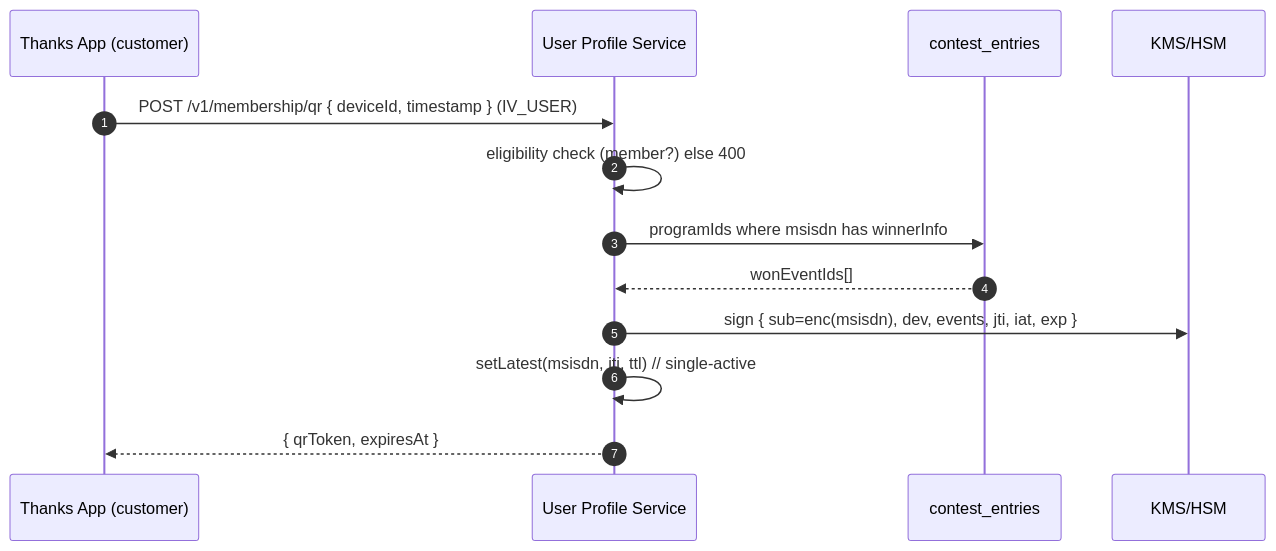
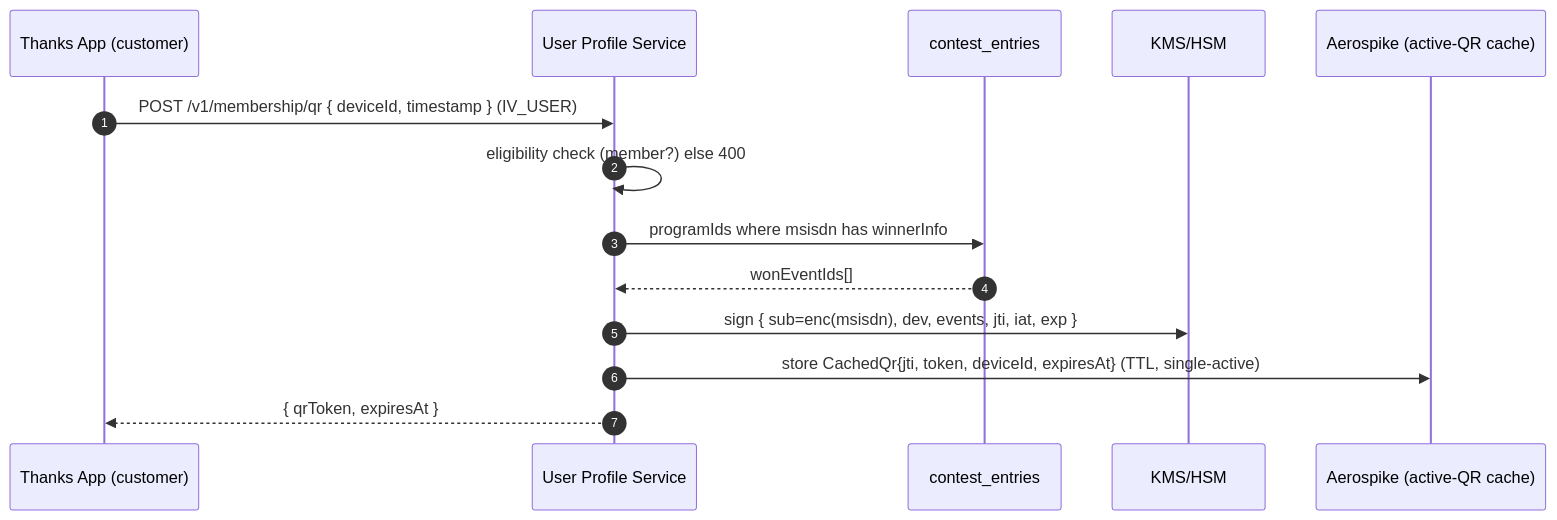
One commit to Amitpawar503/lazzy changed the fifth of 7 diagrams in docs/digital-membership/LLD-EventPass.md. Above: the diagram before and after it, drawn with Mermaid. The commit also changed other lines of this file and 16 other files, not shown here.

````diff
--- a/docs/digital-membership/LLD-EventPass.md
+++ b/docs/digital-membership/LLD-EventPass.md
@@ -309,15 +325,16 @@
 ```mermaid
 sequenceDiagram
   autonumber
   participant App as Thanks App (customer)
   participant UPS as User Profile Service
   participant CE as contest_entries
   participant KMS as KMS/HSM
+  participant AS as Aerospike (active-QR cache)
   App->>UPS: POST /v1/membership/qr { deviceId, timestamp }  (IV_USER)
   UPS->>UPS: eligibility check (member?) else 400
   UPS->>CE: programIds where msisdn has winnerInfo
   CE-->>UPS: wonEventIds[]
   UPS->>KMS: sign { sub=enc(msisdn), dev, events, jti, iat, exp }
-  UPS->>UPS: setLatest(msisdn, jti, ttl)   // single-active
+  UPS->>AS: store CachedQr{jti, token, deviceId, expiresAt} (TTL, single-active)
   UPS-->>App: { qrToken, expiresAt }
 ```
````
